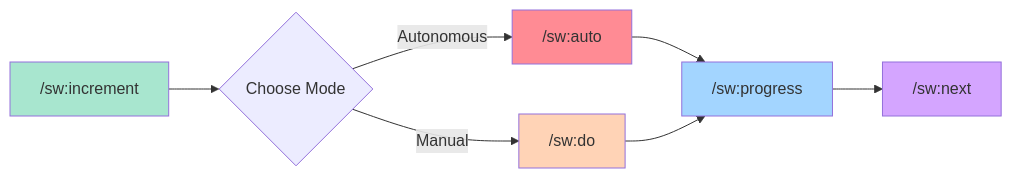
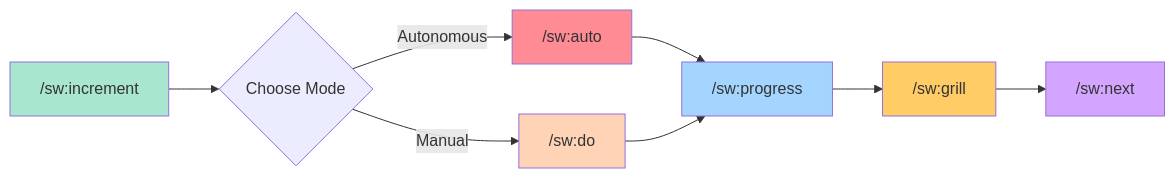
The diagram in docs-site/docs/commands/overview.md (anton-abyzov/specweave), drawn with Mermaid before and after one commit. The commit also changed other lines of this file and 70 other files, not shown here.

````diff
--- a/docs-site/docs/commands/overview.md
+++ b/docs-site/docs/commands/overview.md
@@ -15,15 +15,17 @@
 ```mermaid
 graph LR
     A["/sw:increment"] --> B{Choose Mode}
     B -->|Autonomous| C["/sw:auto"]
     B -->|Manual| D["/sw:do"]
     C --> E["/sw:progress"]
     D --> E
-    E --> F["/sw:next"]
+    E --> G["/sw:grill"]
+    G --> F["/sw:next"]
 
     style A fill:#a8e6cf
     style C fill:#ff8b94
     style D fill:#ffd3b6
     style E fill:#a3d5ff
+    style G fill:#ffcc66
     style F fill:#d4a5ff
 ```
````
